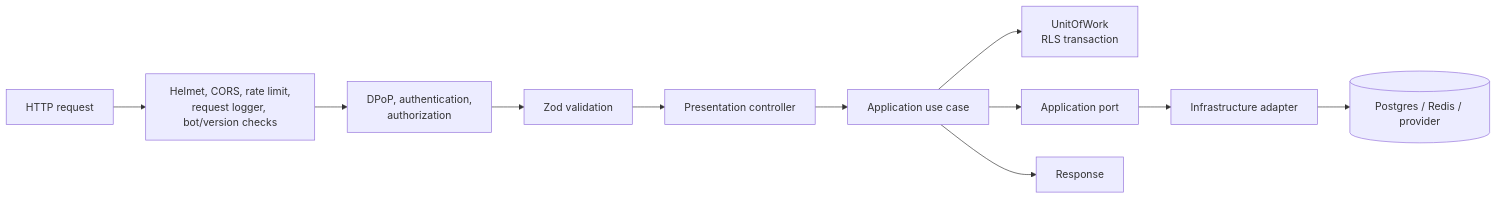
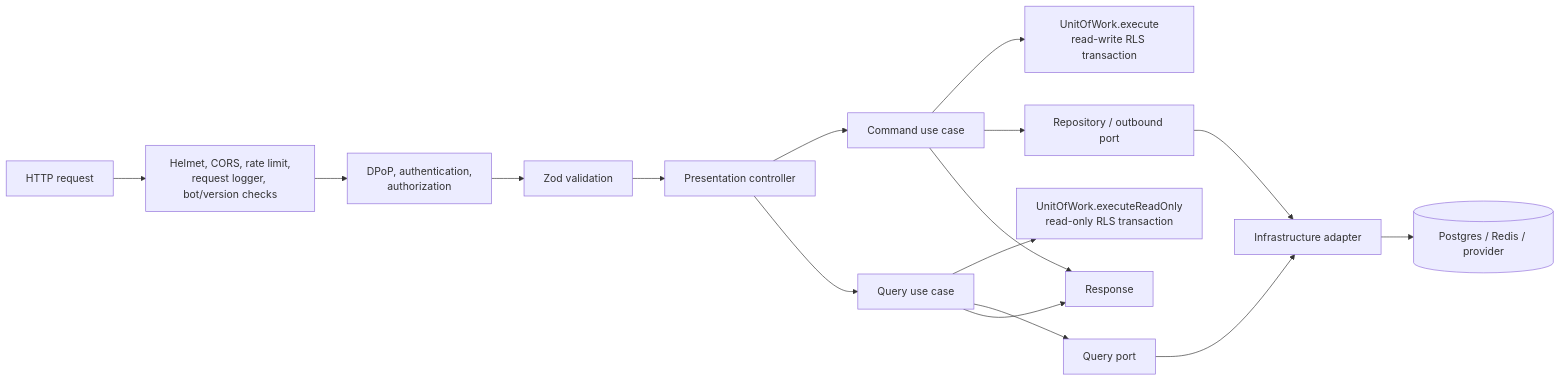
One commit to kobihanoch/Strong-Together-Backend changed the second of 3 diagrams in docs/architecture.md. Above: the diagram before and after it, drawn with Mermaid. The commit also changed other lines of this file and 4 other files, not shown here.

````diff
--- a/docs/architecture.md
+++ b/docs/architecture.md
@@ -31,13 +31,18 @@
 ```mermaid
 flowchart LR
   request[HTTP request] --> middleware[Helmet, CORS, rate limit,<br/>request logger, bot/version checks]
   middleware --> guards[DPoP, authentication,<br/>authorization]
   guards --> validation[Zod validation]
   validation --> controller[Presentation controller]
-  controller --> usecase[Application use case]
-  usecase --> transaction[UnitOfWork<br/>RLS transaction]
-  usecase --> port[Application port]
+  controller --> command[Command use case]
+  controller --> query[Query use case]
+  command --> writeTx[UnitOfWork.execute<br/>read-write RLS transaction]
+  query --> readTx[UnitOfWork.executeReadOnly<br/>read-only RLS transaction]
+  command --> port[Repository / outbound port]
+  query --> queryPort[Query port]
   port --> adapter[Infrastructure adapter]
+  queryPort --> adapter
   adapter --> resource[(Postgres / Redis / provider)]
-  usecase --> response[Response]
+  command --> response[Response]
+  query --> response
 ```
````
